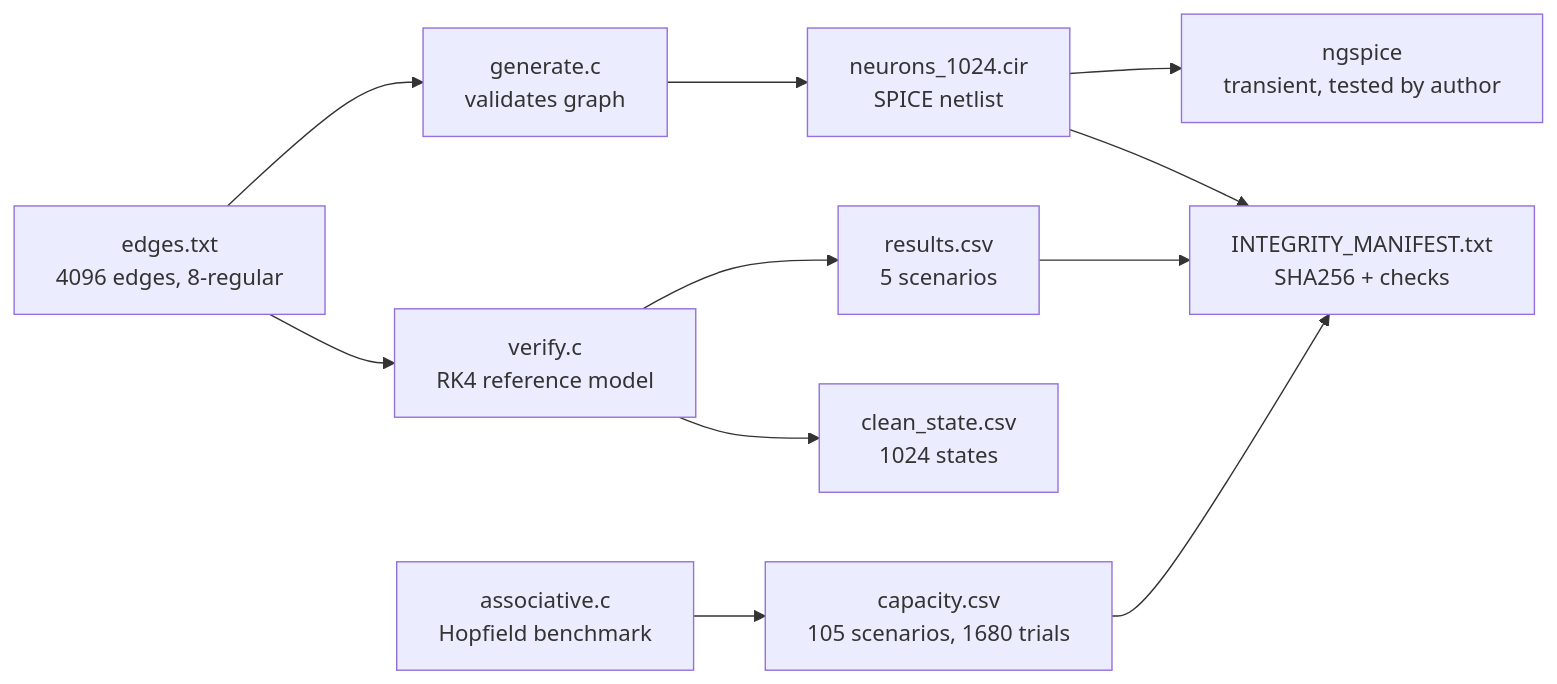
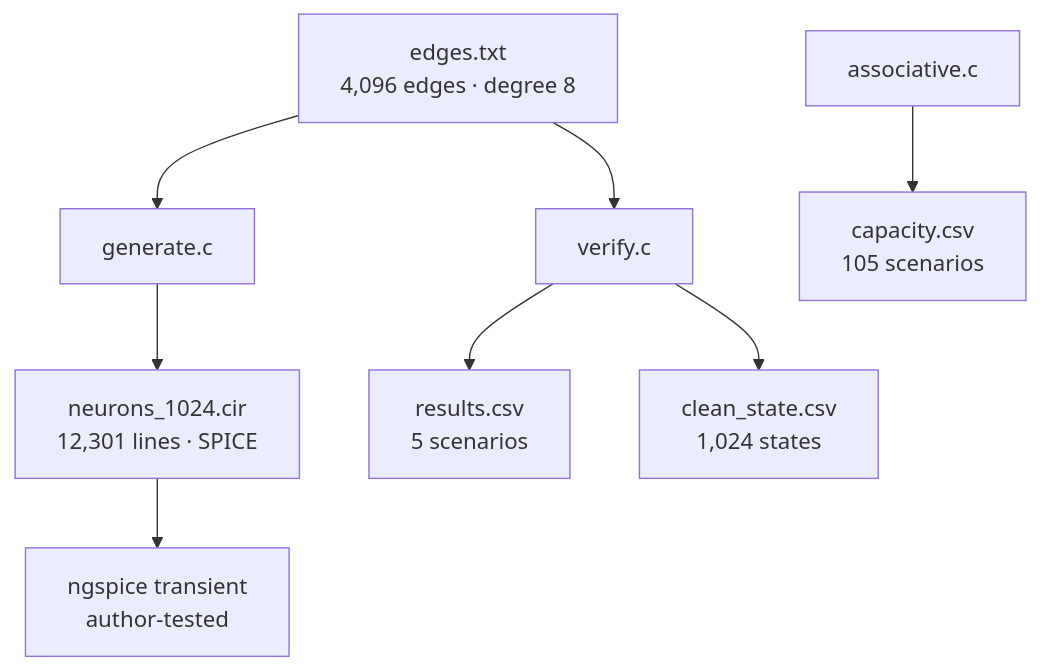
The first of 6 diagrams in README.md (AHMADALIPARR/cognition-netlist), drawn with Mermaid before and after one commit. The commit also changed other lines of this file and 12 other files, not shown here.

````diff
--- a/README.md
+++ b/README.md
@@ -4348,13 +59,19 @@
 ```mermaid
-flowchart LR
-    E[edges.txt<br/>4096 edges, 8-regular] --> G[generate.c<br/>validates graph]
-    G --> N[neurons_1024.cir<br/>SPICE netlist]
-    N --> S[ngspice<br/>transient, tested by author]
-    E --> V[verify.c<br/>RK4 reference model]
-    V --> R[results.csv<br/>5 scenarios]
-    V --> C[clean_state.csv<br/>1024 states]
-    A[associative.c<br/>Hopfield benchmark] --> P[capacity.csv<br/>105 scenarios, 1680 trials]
-    R --> M[INTEGRITY_MANIFEST.txt<br/>SHA256 + checks]
-    P --> M
-    N --> M
+flowchart TB
+    E[edges.txt<br/>4,096 edges · degree 8]
+    G[generate.c]
+    V[verify.c]
+    A[associative.c]
+    N[neurons_1024.cir<br/>12,301 lines · SPICE]
+    R[results.csv<br/>5 scenarios]
+    C[clean_state.csv<br/>1,024 states]
+    K[capacity.csv<br/>105 scenarios]
+    S[ngspice transient<br/>author-tested]
+    E --> G
+    E --> V
+    G --> N
+    N --> S
+    V --> R
+    V --> C
+    A --> K
 ```
````
